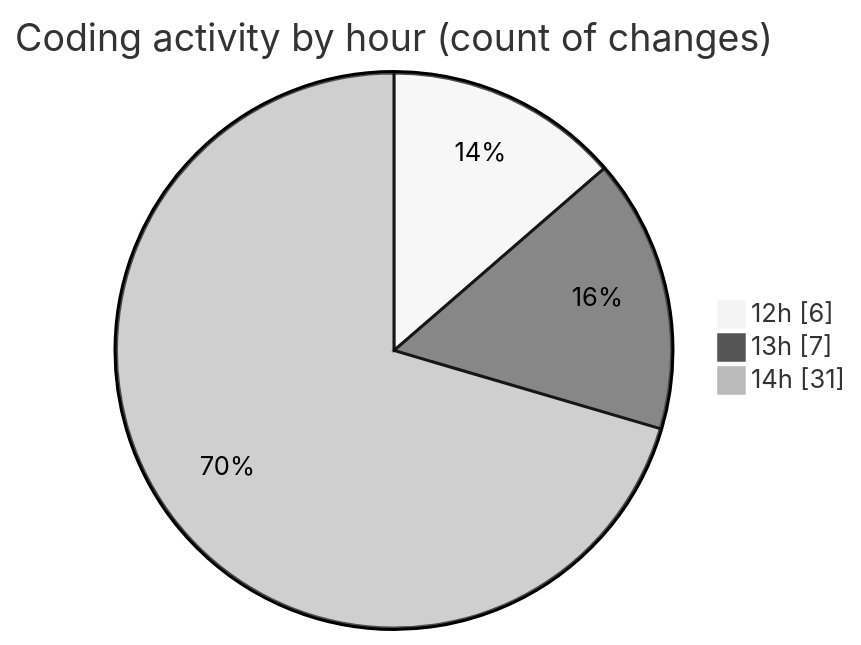
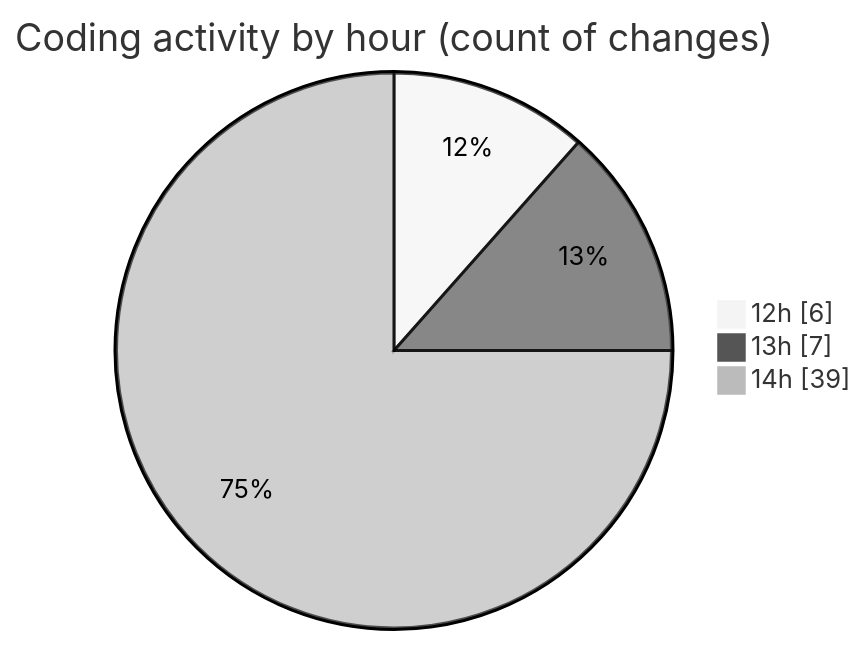
One commit to nxtqubesakshisongat/code-tracking changed the second of 2 diagrams in 2025-05-26/nxtqube_webapp/README.md. Above: the diagram before and after it, drawn with Mermaid (neutral theme). The commit also changed other lines of this file and 1 other file, not shown here.

````diff
--- a/2025-05-26/nxtqube_webapp/README.md
+++ b/2025-05-26/nxtqube_webapp/README.md
@@ -28,7 +28,7 @@
 ```mermaid
 pie showData
 title Coding activity by hour (count of changes)
 "12h" : 6
 "13h" : 7
-"14h" : 31
+"14h" : 39
 ```
````
